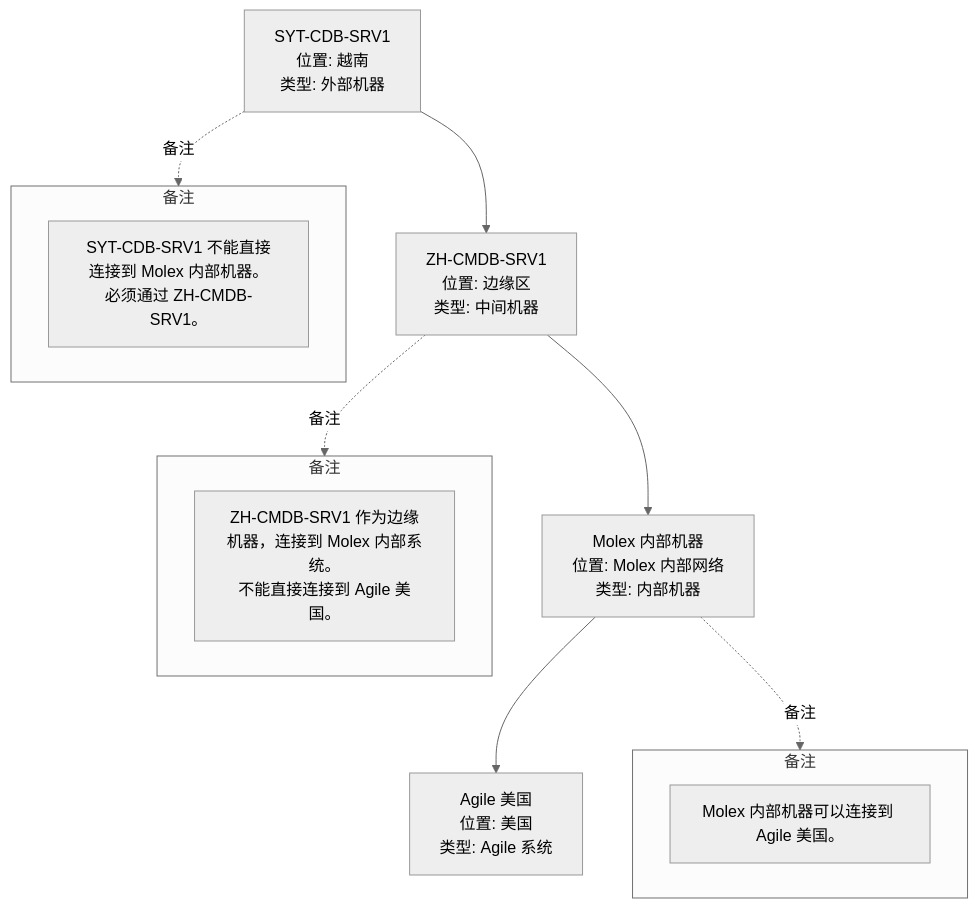
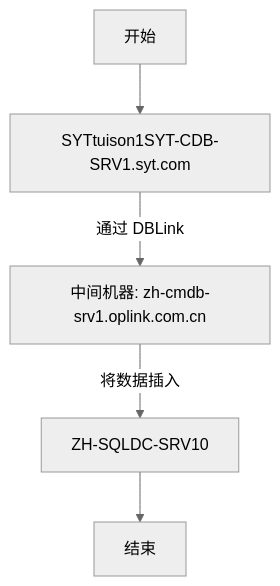
The diagram in all/未命名-3.md (Jack-messi/iodraw-files), drawn with Mermaid (neutral theme) before and after one commit.

Commit message:
2024-12-12 08:53:51 update

````diff
--- a/all/未命名-3.md
+++ b/all/未命名-3.md
@@ -1,23 +1,9 @@
 ```mermaid
 graph TD
-    A[SYT-CDB-SRV1<br>位置: 越南<br>类型: 外部机器] --> B[ZH-CMDB-SRV1<br>位置: 边缘区<br>类型: 中间机器]
-    B --> C[Molex 内部机器<br>位置: Molex 内部网络<br>类型: 内部机器]
-    C --> D[Agile 美国<br>位置: 美国<br>类型: Agile 系统]
+    G[开始] --> A
+    A[SYTtuison1SYT-CDB-SRV1.syt.com] -->|通过 DBLink| C[ 中间机器: zh-cmdb-srv1.oplink.com.cn]
+    %% B -->|通过 OpenQuery 查询| C[查询 SYT-CDB-SRV1.syt.com 的数据]
+    C -->|将数据插入| E[ ZH-SQLDC-SRV10]
+    E --> F[结束]
 
-    subgraph Note1 [备注]
-        direction LR
-        A1[SYT-CDB-SRV1 不能直接连接到 Molex 内部机器。<br>必须通过 ZH-CMDB-SRV1。]
-    end
-    subgraph Note2 [备注]
-        direction LR
-        B1[ZH-CMDB-SRV1 作为边缘机器，连接到 Molex 内部系统。<br>不能直接连接到 Agile 美国。]
-    end
-    subgraph Note3 [备注]
-        direction LR
-        C1[Molex 内部机器可以连接到 Agile 美国。]
-    end
-
-    A -.->|备注| Note1
-    B -.->|备注| Note2
-    C -.->|备注| Note3
 ```
````
